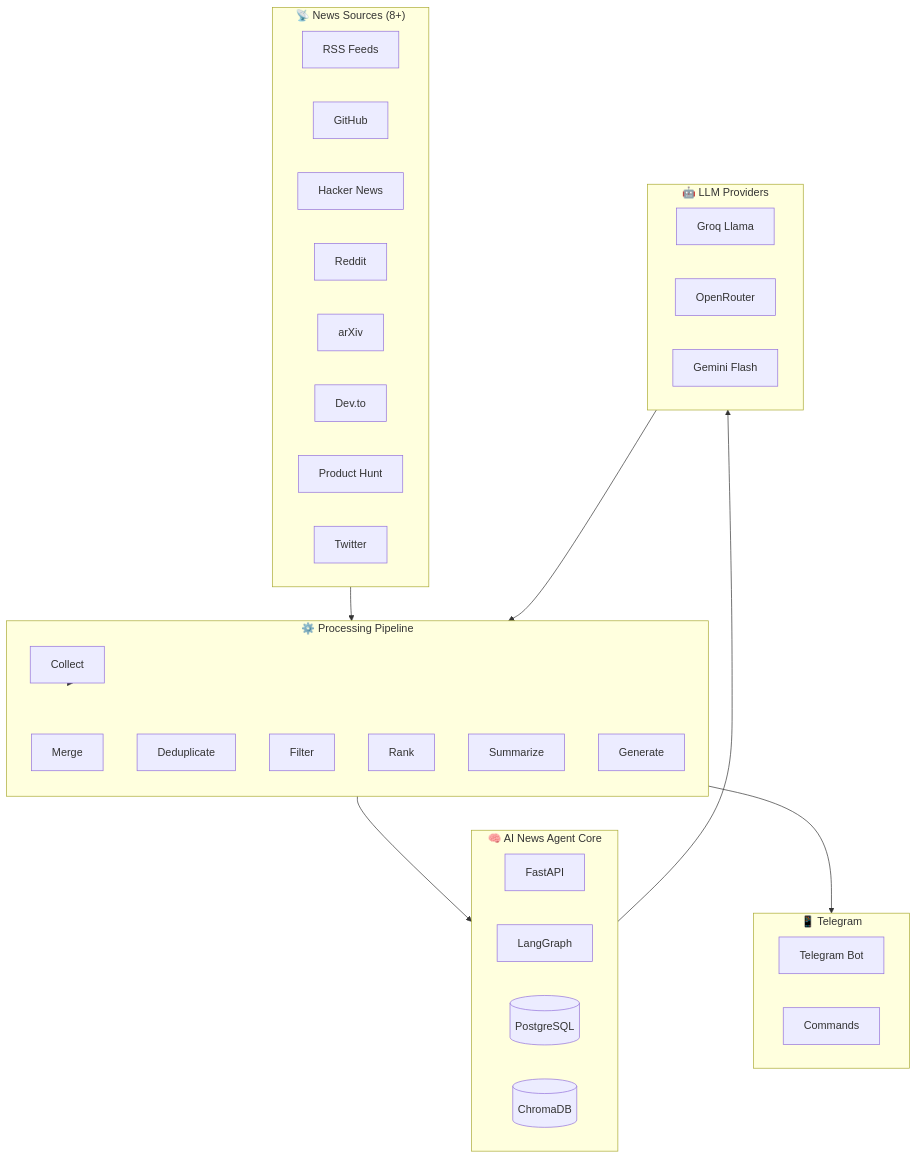
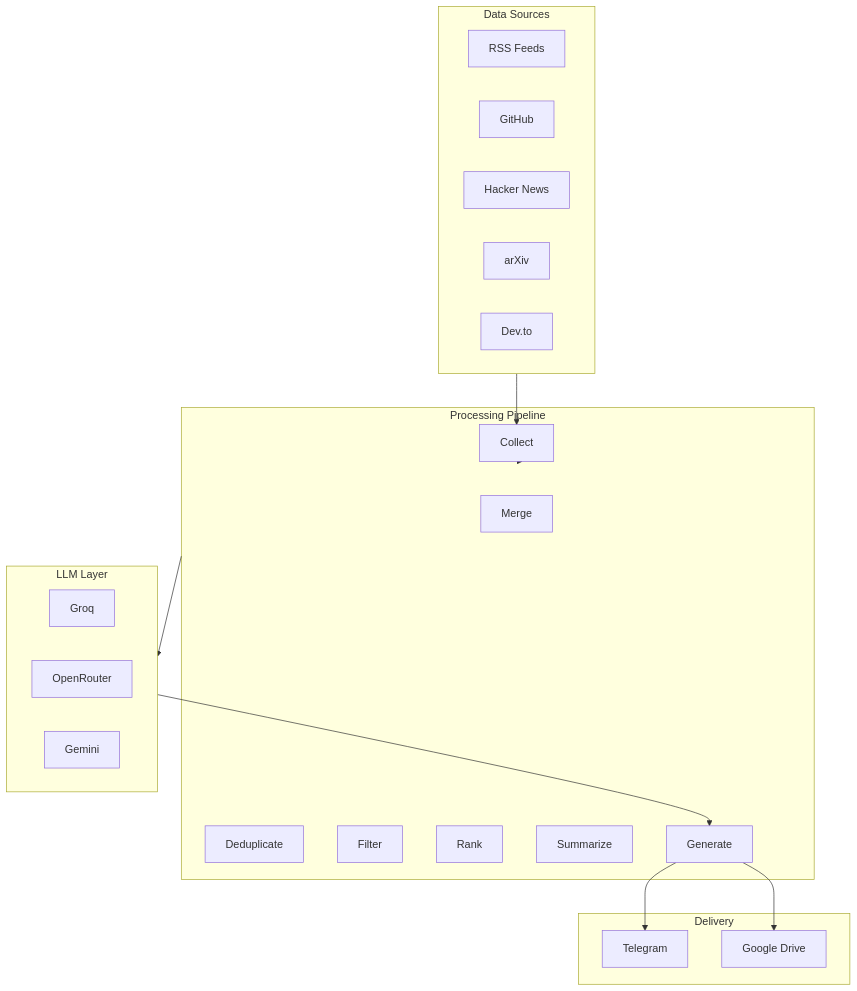
The diagram in README.md (himanshu231204/ai-news-intelligence), drawn with Mermaid before and after one commit. The commit also changed other lines of this file, not shown here.

````diff
--- a/README.md
+++ b/README.md
@@ -37,50 +43,38 @@
 ```mermaid
 flowchart TB
-    subgraph External_Sources["📡 News Sources (8+)"]
+    subgraph Sources["Data Sources"]
         RSS[RSS Feeds]
         GH[GitHub]
         HN[Hacker News]
-        RD[Reddit]
         arXiv[arXiv]
-        Devto[Dev.to]
-        PH[Product Hunt]
-        TW[Twitter]
+        DEV[Dev.to]
     end
-
-    subgraph Core_System["🧠 AI News Agent Core"]
-        direction LR
-        API[FastAPI]
-        LG[LangGraph]
-        DB[(PostgreSQL)]
-        VS[(ChromaDB)]
-    end
-
-    subgraph Processing["⚙️ Processing Pipeline"]
-        direction TB
+    
+    subgraph Pipeline["Processing Pipeline"]
         Collect[Collect]
         Merge[Merge]
         Dedupe[Deduplicate]
         Filter[Filter]
         Rank[Rank]
         Summarize[Summarize]
         Generate[Generate]
     end
-
-    subgraph LLM_Providers["🤖 LLM Providers"]
-        GROQ[Groq Llama]
+    
+    subgraph LLM["LLM Layer"]
+        GROQ[Groq]
         OR[OpenRouter]
-        GM[Gemini Flash]
+        GM[Gemini]
     end
-
-    subgraph Delivery["📱 Telegram"]
-        Bot[Telegram Bot]
-        Commands[Commands]
+    
+    subgraph Output["Delivery"]
+        TG[Telegram]
+        GD[Google Drive]
     end
-
-    External_Sources --> Collect
-    Collect --> Processing
-    Processing --> Core_System
-    Core_System --> LLM_Providers
-    LLM_Providers --> Processing
-    Generate --> Delivery
+    
+    Sources --> Collect
+    Collect --> Pipeline
+    Pipeline --> LLM
+    LLM --> Generate
+    Generate --> TG
+    Generate --> GD
 ```
````
